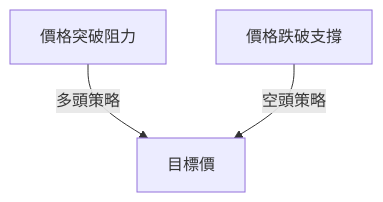
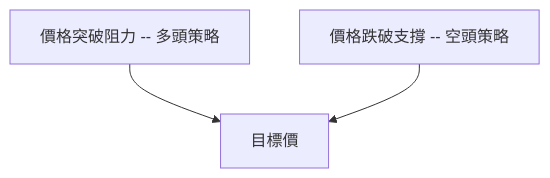
Before and after one commit to yennanliu/finance_data: the tenth of 11 diagrams in ai_gen_report/stock/nvda/technical_analysis_2026-04-03_openai.md, drawn with Mermaid. The commit also changed other lines of this file and 2258 other files, not shown here.

First line of the commit message:
chore: backfill Mermaid syntax repair across existing reports

````diff
--- a/ai_gen_report/stock/nvda/technical_analysis_2026-04-03_openai.md
+++ b/ai_gen_report/stock/nvda/technical_analysis_2026-04-03_openai.md
@@ -344,5 +344,5 @@
 ```mermaid
 graph TD
-    價格突破阻力 -- 多頭策略 --> 目標價
-    價格跌破支撐 -- 空頭策略 --> 目標價
+    nb1["價格突破阻力 -- 多頭策略"] --> 目標價
+    nb2["價格跌破支撐 -- 空頭策略"] --> 目標價
 ```
````
